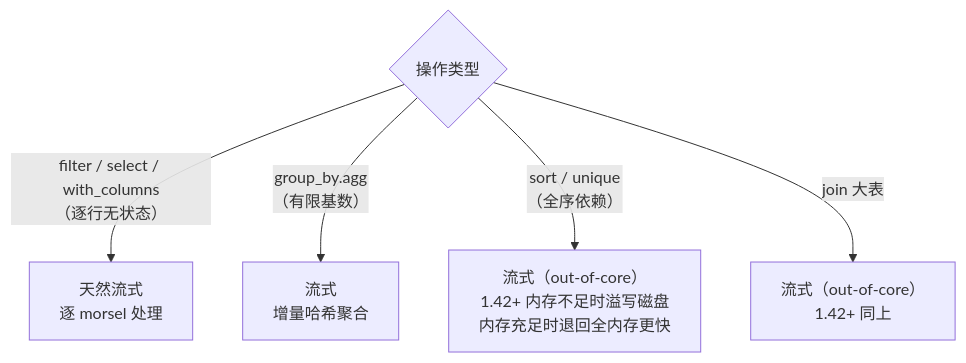
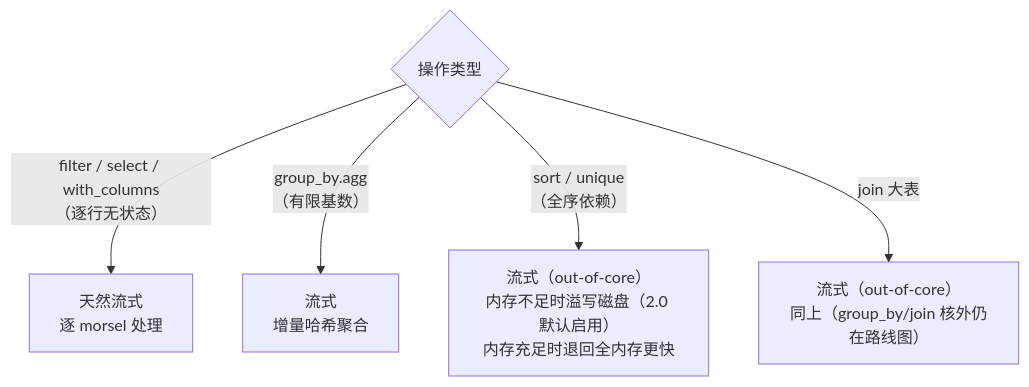
One commit to jtcheng/polars-book changed the second of 2 diagrams in src/chapter_08/streaming.md. Above: the diagram before and after it, drawn with Mermaid. The commit also changed other lines of this file and 23 other files, not shown here.

````diff
--- a/src/chapter_08/streaming.md
+++ b/src/chapter_08/streaming.md
@@ -80,7 +84,7 @@
 ```mermaid
 flowchart TD
     OP{"操作类型"} -->|"filter / select / with_columns<br/>（逐行无状态）"| YES["天然流式<br/>逐 morsel 处理"]
     OP -->|"group_by.agg<br/>（有限基数）"| YES2["流式<br/>增量哈希聚合"]
-    OP -->|"sort / unique<br/>（全序依赖）"| OOC["流式（out-of-core）<br/>1.42+ 内存不足时溢写磁盘<br/>内存充足时退回全内存更快"]
-    OP -->|"join 大表"| OOC2["流式（out-of-core）<br/>1.42+ 同上"]
+    OP -->|"sort / unique<br/>（全序依赖）"| OOC["流式（out-of-core）<br/>内存不足时溢写磁盘（2.0 默认启用）<br/>内存充足时退回全内存更快"]
+    OP -->|"join 大表"| OOC2["流式（out-of-core）<br/>同上（group_by/join 核外仍在路线图）"]
 ```
````
